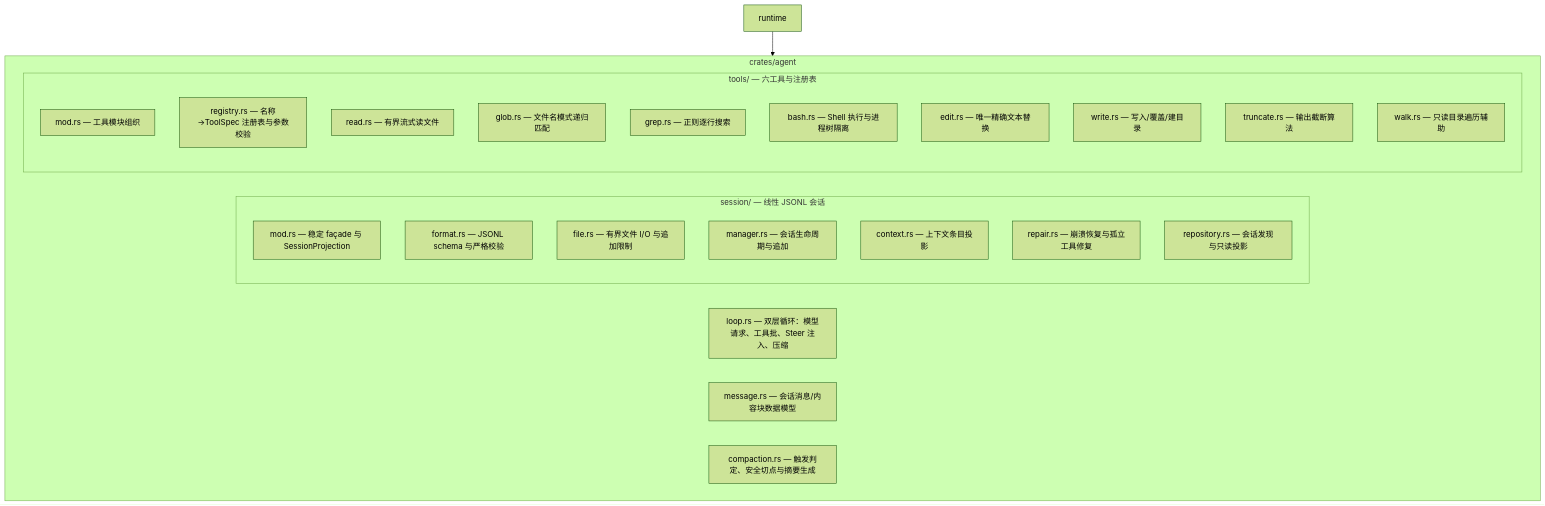
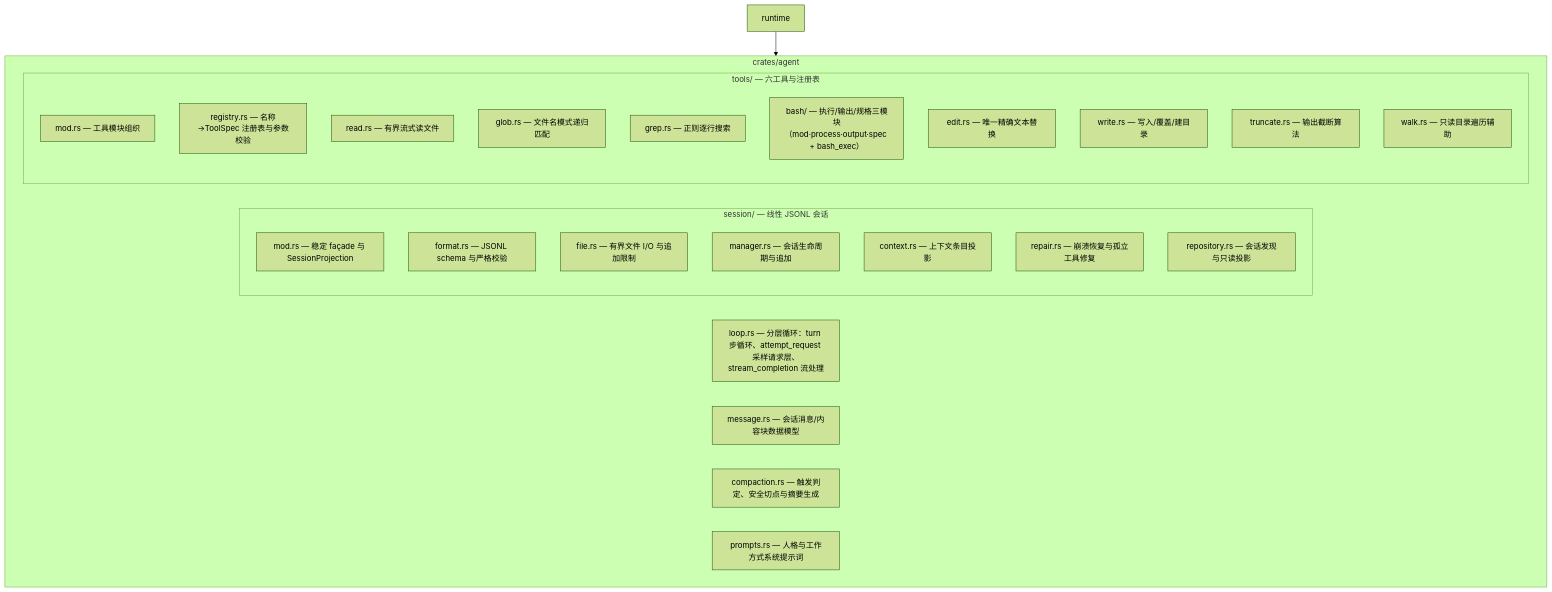
Before and after one commit to qjcnmd/singularity-agent: the sixth of 10 diagrams in docs/repository-map.md, drawn with Mermaid (forest theme). The commit also changed other lines of this file and 2 other files, not shown here.

````diff
--- a/docs/repository-map.md
+++ b/docs/repository-map.md
@@ -134,30 +133,31 @@
 ```mermaid
 flowchart TD
     subgraph agent["crates/agent"]
-        loop_["loop.rs — 双层循环：模型请求、工具批、Steer 注入、压缩"]
+        loop_["loop.rs — 分层循环：turn 步循环、attempt_request 采样请求层、stream_completion 流处理"]
         message["message.rs — 会话消息/内容块数据模型"]
         compaction["compaction.rs — 触发判定、安全切点与摘要生成"]
+        prompts["prompts.rs — 人格与工作方式系统提示词"]
         subgraph session["session/ — 线性 JSONL 会话"]
             s_mod["mod.rs — 稳定 façade 与 SessionProjection"]
             s_format["format.rs — JSONL schema 与严格校验"]
             s_file["file.rs — 有界文件 I/O 与追加限制"]
             s_manager["manager.rs — 会话生命周期与追加"]
             s_context["context.rs — 上下文条目投影"]
             s_repair["repair.rs — 崩溃恢复与孤立工具修复"]
             s_repository["repository.rs — 会话发现与只读投影"]
         end
         subgraph tools["tools/ — 六工具与注册表"]
             t_mod["mod.rs — 工具模块组织"]
             t_registry["registry.rs — 名称→ToolSpec 注册表与参数校验"]
             t_read["read.rs — 有界流式读文件"]
             t_glob["glob.rs — 文件名模式递归匹配"]
             t_grep["grep.rs — 正则逐行搜索"]
-            t_bash["bash.rs — Shell 执行与进程树隔离"]
+            t_bash["bash/ — 执行/输出/规格三模块（mod·process·output·spec + bash_exec）"]
             t_edit["edit.rs — 唯一精确文本替换"]
             t_write["write.rs — 写入/覆盖/建目录"]
             t_truncate["truncate.rs — 输出截断算法"]
             t_walk["walk.rs — 只读目录遍历辅助"]
         end
     end
     runtime["runtime"] --> agent
 ```
````
